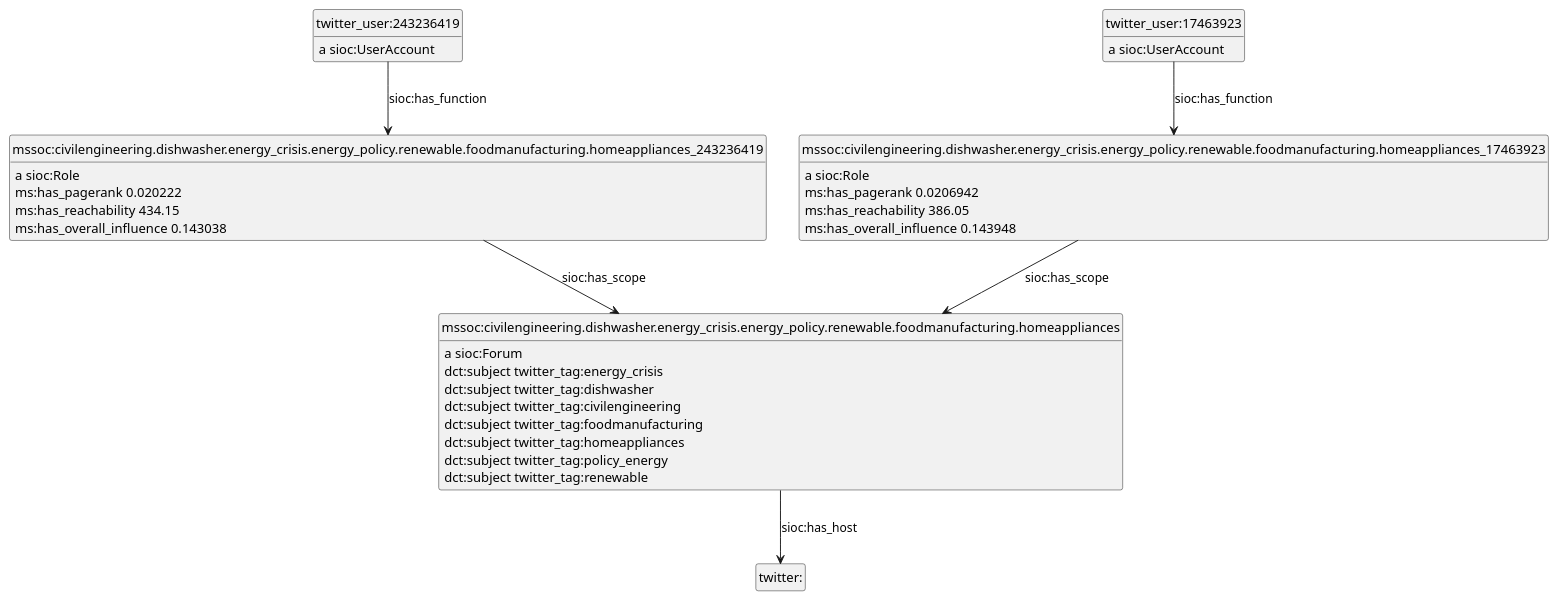
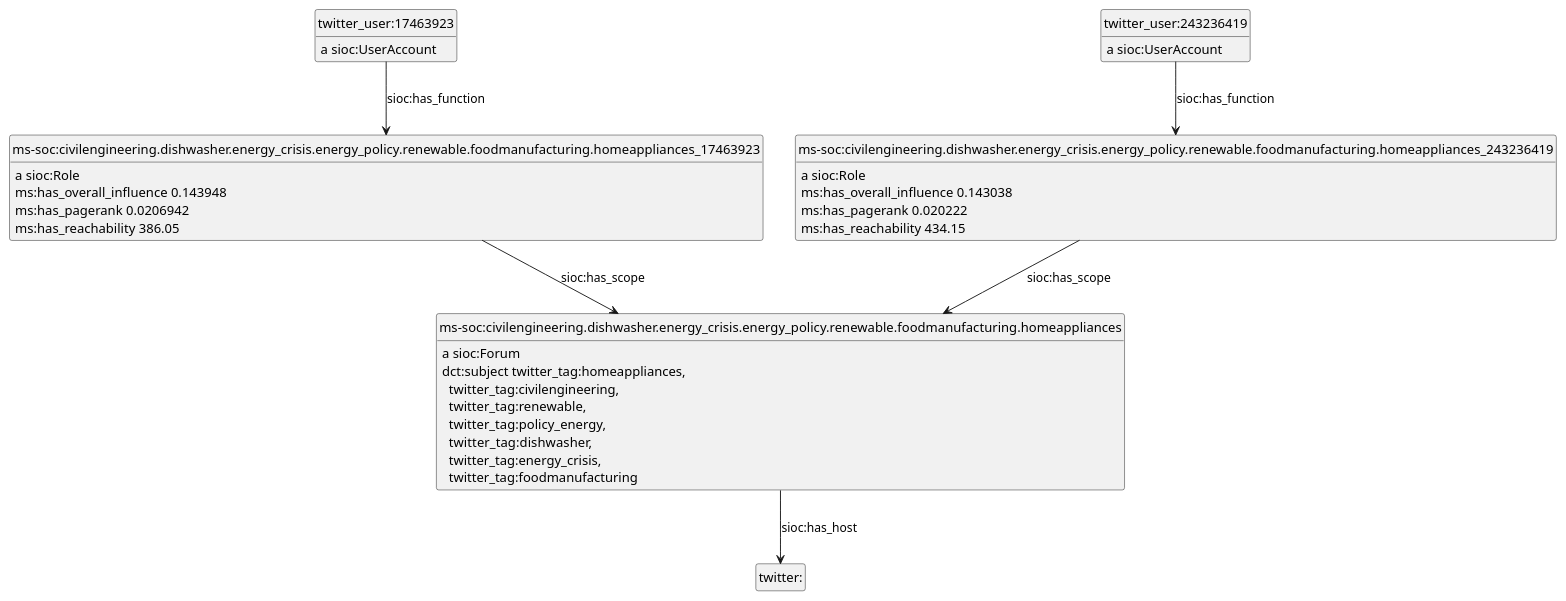
Before and after one commit to gerardbdn/VladimirAlexiev.github.io: the diagram in Multisensor/img/SMAP-example2.puml, drawn with PlantUML. The commit also changed 33 other files, not shown here.

```diff
--- a/Multisensor/img/SMAP-example2.puml
+++ b/Multisensor/img/SMAP-example2.puml
@@ -1,35 +1,29 @@
 @startuml
 hide empty methods
 hide empty attributes
 hide circle
 skinparam classAttributeIconSize 0
-class mssoc_civilengineering_dishwasher_energy_crisis_energy_policy_renewable_foodmanufacturing_homeappliances_17463923 as "mssoc:civilengineering.dishwasher.energy_crisis.energy_policy.renewable.foodmanufacturing.homeappliances_17463923"
-mssoc_civilengineering_dishwasher_energy_crisis_energy_policy_renewable_foodmanufacturing_homeappliances_17463923 : a sioc:Role
-class mssoc_civilengineering_dishwasher_energy_crisis_energy_policy_renewable_foodmanufacturing_homeappliances as "mssoc:civilengineering.dishwasher.energy_crisis.energy_policy.renewable.foodmanufacturing.homeappliances"
-mssoc_civilengineering_dishwasher_energy_crisis_energy_policy_renewable_foodmanufacturing_homeappliances_17463923 --> mssoc_civilengineering_dishwasher_energy_crisis_energy_policy_renewable_foodmanufacturing_homeappliances : sioc:has_scope
-mssoc_civilengineering_dishwasher_energy_crisis_energy_policy_renewable_foodmanufacturing_homeappliances_17463923 : ms:has_pagerank 0.0206942
-mssoc_civilengineering_dishwasher_energy_crisis_energy_policy_renewable_foodmanufacturing_homeappliances_17463923 : ms:has_reachability 386.05
-mssoc_civilengineering_dishwasher_energy_crisis_energy_policy_renewable_foodmanufacturing_homeappliances_17463923 : ms:has_overall_influence 0.143948
+class ms_soc_civilengineering_dishwasher_energy_crisis_energy_policy_renewable_foodmanufacturing_homeappliances_243236419 as "ms-soc:civilengineering.dishwasher.energy_crisis.energy_policy.renewable.foodmanufacturing.homeappliances_243236419"
+ms_soc_civilengineering_dishwasher_energy_crisis_energy_policy_renewable_foodmanufacturing_homeappliances_243236419 : a sioc:Role
+class ms_soc_civilengineering_dishwasher_energy_crisis_energy_policy_renewable_foodmanufacturing_homeappliances as "ms-soc:civilengineering.dishwasher.energy_crisis.energy_policy.renewable.foodmanufacturing.homeappliances"
+ms_soc_civilengineering_dishwasher_energy_crisis_energy_policy_renewable_foodmanufacturing_homeappliances_243236419 --> ms_soc_civilengineering_dishwasher_energy_crisis_energy_policy_renewable_foodmanufacturing_homeappliances : sioc:has_scope
+ms_soc_civilengineering_dishwasher_energy_crisis_energy_policy_renewable_foodmanufacturing_homeappliances_243236419 : ms:has_overall_influence 0.143038
+ms_soc_civilengineering_dishwasher_energy_crisis_energy_policy_renewable_foodmanufacturing_homeappliances_243236419 : ms:has_pagerank 0.020222
+ms_soc_civilengineering_dishwasher_energy_crisis_energy_policy_renewable_foodmanufacturing_homeappliances_243236419 : ms:has_reachability 434.15
+class ms_soc_civilengineering_dishwasher_energy_crisis_energy_policy_renewable_foodmanufacturing_homeappliances_17463923 as "ms-soc:civilengineering.dishwasher.energy_crisis.energy_policy.renewable.foodmanufacturing.homeappliances_17463923"
+ms_soc_civilengineering_dishwasher_energy_crisis_energy_policy_renewable_foodmanufacturing_homeappliances_17463923 : a sioc:Role
+ms_soc_civilengineering_dishwasher_energy_crisis_energy_policy_renewable_foodmanufacturing_homeappliances_17463923 --> ms_soc_civilengineering_dishwasher_energy_crisis_energy_policy_renewable_foodmanufacturing_homeappliances : sioc:has_scope
+ms_soc_civilengineering_dishwasher_energy_crisis_energy_policy_renewable_foodmanufacturing_homeappliances_17463923 : ms:has_overall_influence 0.143948
+ms_soc_civilengineering_dishwasher_energy_crisis_energy_policy_renewable_foodmanufacturing_homeappliances_17463923 : ms:has_pagerank 0.0206942
+ms_soc_civilengineering_dishwasher_energy_crisis_energy_policy_renewable_foodmanufacturing_homeappliances_17463923 : ms:has_reachability 386.05
 class twitter_user_243236419 as "twitter_user:243236419"
 twitter_user_243236419 : a sioc:UserAccount
-class mssoc_civilengineering_dishwasher_energy_crisis_energy_policy_renewable_foodmanufacturing_homeappliances_243236419 as "mssoc:civilengineering.dishwasher.energy_crisis.energy_policy.renewable.foodmanufacturing.homeappliances_243236419"
-twitter_user_243236419 --> mssoc_civilengineering_dishwasher_energy_crisis_energy_policy_renewable_foodmanufacturing_homeappliances_243236419 : sioc:has_function
+twitter_user_243236419 --> ms_soc_civilengineering_dishwasher_energy_crisis_energy_policy_renewable_foodmanufacturing_homeappliances_243236419 : sioc:has_function
 class twitter_user_17463923 as "twitter_user:17463923"
 twitter_user_17463923 : a sioc:UserAccount
-twitter_user_17463923 --> mssoc_civilengineering_dishwasher_energy_crisis_energy_policy_renewable_foodmanufacturing_homeappliances_17463923 : sioc:has_function
-mssoc_civilengineering_dishwasher_energy_crisis_energy_policy_renewable_foodmanufacturing_homeappliances_243236419 : a sioc:Role
-mssoc_civilengineering_dishwasher_energy_crisis_energy_policy_renewable_foodmanufacturing_homeappliances_243236419 --> mssoc_civilengineering_dishwasher_energy_crisis_energy_policy_renewable_foodmanufacturing_homeappliances : sioc:has_scope
-mssoc_civilengineering_dishwasher_energy_crisis_energy_policy_renewable_foodmanufacturing_homeappliances_243236419 : ms:has_pagerank 0.020222
-mssoc_civilengineering_dishwasher_energy_crisis_energy_policy_renewable_foodmanufacturing_homeappliances_243236419 : ms:has_reachability 434.15
-mssoc_civilengineering_dishwasher_energy_crisis_energy_policy_renewable_foodmanufacturing_homeappliances_243236419 : ms:has_overall_influence 0.143038
-mssoc_civilengineering_dishwasher_energy_crisis_energy_policy_renewable_foodmanufacturing_homeappliances : a sioc:Forum
+twitter_user_17463923 --> ms_soc_civilengineering_dishwasher_energy_crisis_energy_policy_renewable_foodmanufacturing_homeappliances_17463923 : sioc:has_function
+ms_soc_civilengineering_dishwasher_energy_crisis_energy_policy_renewable_foodmanufacturing_homeappliances : a sioc:Forum
 class twitter_ as "twitter:"
-mssoc_civilengineering_dishwasher_energy_crisis_energy_policy_renewable_foodmanufacturing_homeappliances --> twitter_ : sioc:has_host
-mssoc_civilengineering_dishwasher_energy_crisis_energy_policy_renewable_foodmanufacturing_homeappliances : dct:subject twitter_tag:energy_crisis
-mssoc_civilengineering_dishwasher_energy_crisis_energy_policy_renewable_foodmanufacturing_homeappliances : dct:subject twitter_tag:dishwasher
-mssoc_civilengineering_dishwasher_energy_crisis_energy_policy_renewable_foodmanufacturing_homeappliances : dct:subject twitter_tag:civilengineering
-mssoc_civilengineering_dishwasher_energy_crisis_energy_policy_renewable_foodmanufacturing_homeappliances : dct:subject twitter_tag:foodmanufacturing
-mssoc_civilengineering_dishwasher_energy_crisis_energy_policy_renewable_foodmanufacturing_homeappliances : dct:subject twitter_tag:homeappliances
-mssoc_civilengineering_dishwasher_energy_crisis_energy_policy_renewable_foodmanufacturing_homeappliances : dct:subject twitter_tag:policy_energy
-mssoc_civilengineering_dishwasher_energy_crisis_energy_policy_renewable_foodmanufacturing_homeappliances : dct:subject twitter_tag:renewable
+ms_soc_civilengineering_dishwasher_energy_crisis_energy_policy_renewable_foodmanufacturing_homeappliances --> twitter_ : sioc:has_host
+ms_soc_civilengineering_dishwasher_energy_crisis_energy_policy_renewable_foodmanufacturing_homeappliances : dct:subject twitter_tag:homeappliances,\n  twitter_tag:civilengineering,\n  twitter_tag:renewable,\n  twitter_tag:policy_energy,\n  twitter_tag:dishwasher,\n  twitter_tag:energy_crisis,\n  twitter_tag:foodmanufacturing
 @enduml
```
